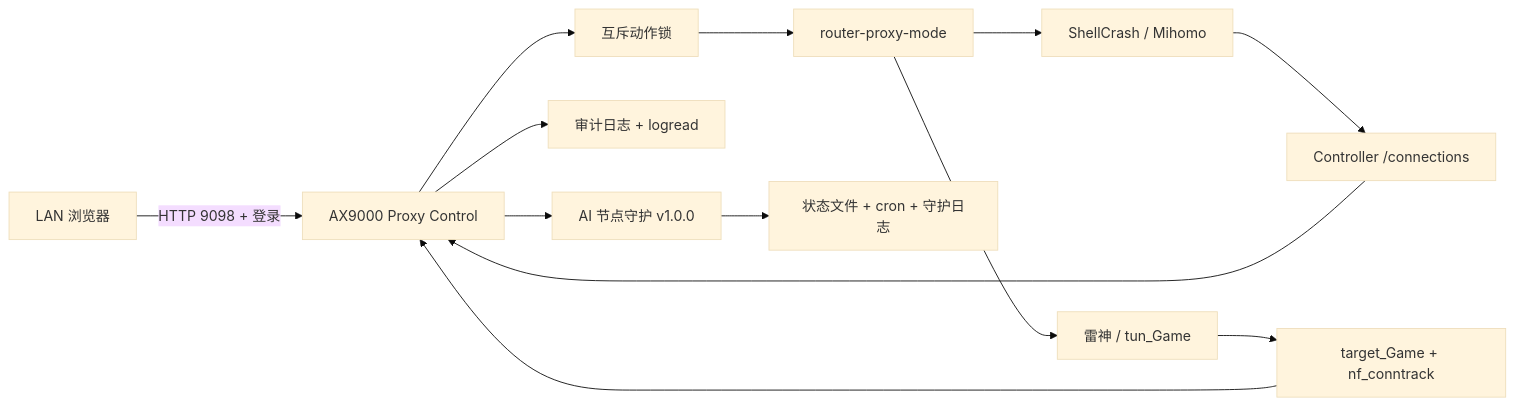
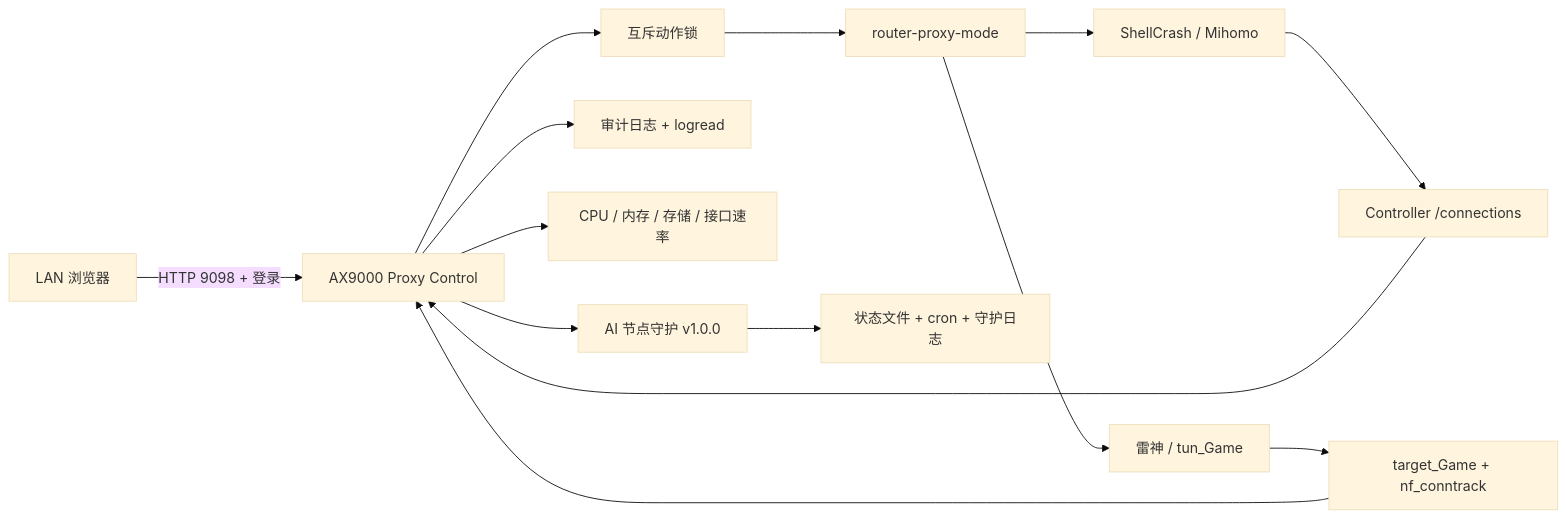
One commit to codenomad-collab/ax9000-proxy-control changed the diagram in README.md. Above: the diagram before and after it, drawn with Mermaid (base theme). The commit also changed other lines of this file and 9 other files, not shown here.

````diff
--- a/README.md
+++ b/README.md
@@ -39,15 +40,16 @@
 ```mermaid
 flowchart LR
     Browser["LAN 浏览器"] -->|"HTTP 9098 + 登录"| Control["AX9000 Proxy Control"]
     Control --> Lock["互斥动作锁"]
     Lock --> Mode["router-proxy-mode"]
     Mode --> Shell["ShellCrash / Mihomo"]
     Mode --> LeiGod["雷神 / tun_Game"]
     Shell --> MihomoAPI["Controller /connections"]
     LeiGod --> Kernel["target_Game + nf_conntrack"]
     MihomoAPI --> Control
     Kernel --> Control
     Control --> Logs["审计日志 + logread"]
+    Control --> Metrics["CPU / 内存 / 存储 / 接口速率"]
     Control --> Guard["AI 节点守护 v1.0.0"]
     Guard --> GuardState["状态文件 + cron + 守护日志"]
 ```
````
